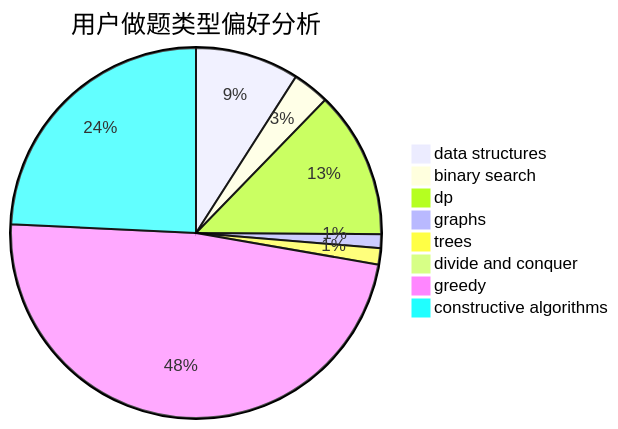
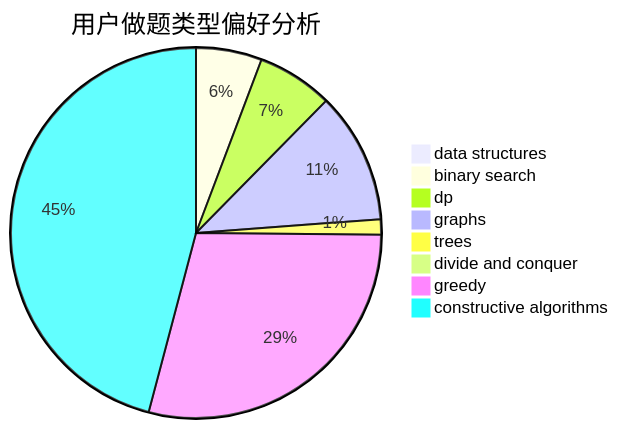
The second of 3 diagrams in docs/user/u1563.md (sherpahu/cfrs.github.io), drawn with Mermaid before and after one commit. The commit also changed other lines of this file and 2770 other files, not shown here.

````diff
--- a/docs/user/u1563.md
+++ b/docs/user/u1563.md
@@ -23,11 +23,11 @@
 ```mermaid
 pie title 用户做题类型偏好分析
-    "data structures" :  158
-    "binary search" :  56
-    "dp" :  224
-    "graphs" :  21
-    "trees" :  25
+    "data structures" :  15
+    "binary search" :  86
+    "dp" :  99
+    "graphs" :  171
+    "trees" :  20
     "divide and conquer" :  0
-    "greedy" :  838
-    "constructive algorithms" :  423
+    "greedy" :  433
+    "constructive algorithms" :  686
 ```
````
